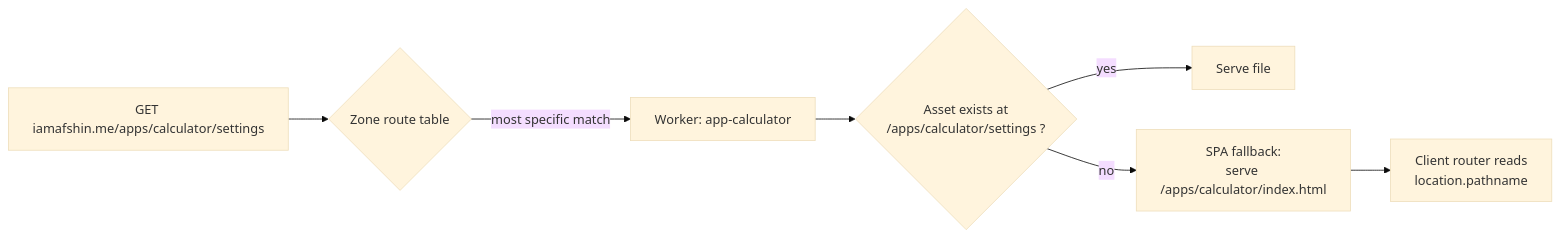
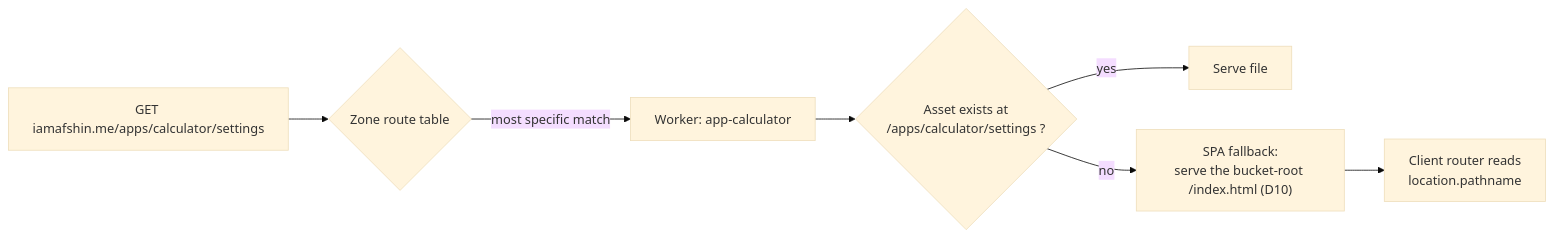
One commit to afshin-gs/portfolio changed the second of 8 diagrams in docs/architecture.md. Above: the diagram before and after it, drawn with Mermaid (base theme). The commit also changed other lines of this file and 12 other files, not shown here.

````diff
--- a/docs/architecture.md
+++ b/docs/architecture.md
@@ -449,9 +487,9 @@
 ```mermaid
 flowchart LR
     A["GET iamafshin.me/apps/calculator/settings"] --> B{"Zone route table"}
     B -->|"most specific match"| C["Worker: app-calculator"]
     C --> D{"Asset exists at<br/>/apps/calculator/settings ?"}
     D -->|yes| E["Serve file"]
-    D -->|no| F["SPA fallback:<br/>serve /apps/calculator/index.html"]
+    D -->|no| F["SPA fallback:<br/>serve the bucket-root /index.html (D10)"]
     F --> G["Client router reads<br/>location.pathname"]
 ```
````
